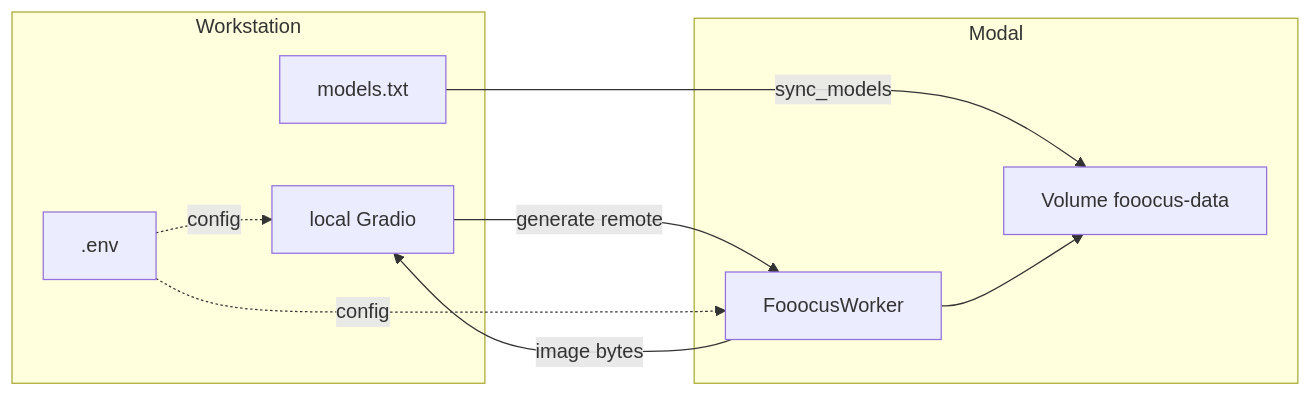
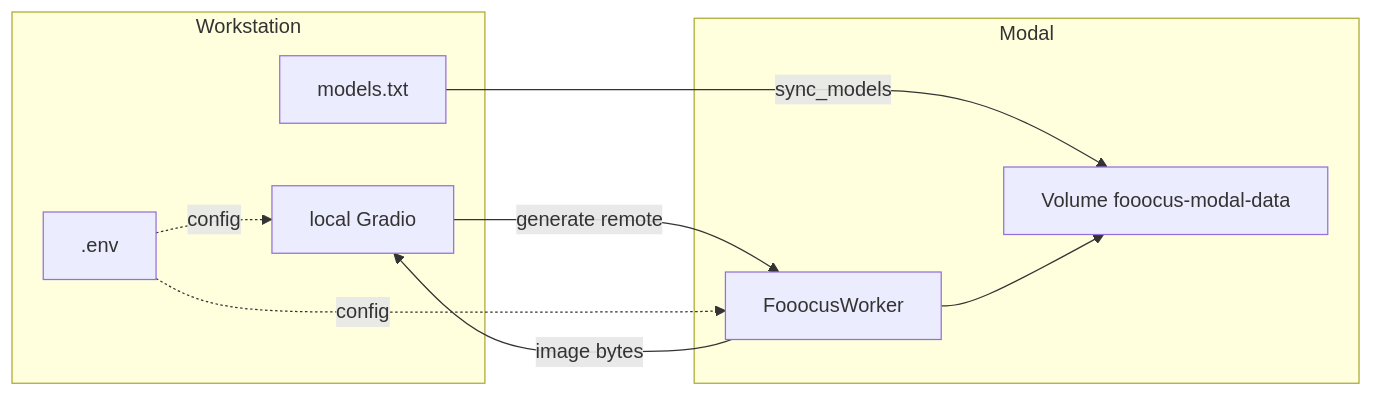
Before and after one commit to DragoHG/fooocus-modal: the diagram in docs/architecture/OVERVIEW.md, drawn with Mermaid. The commit also changed other lines of this file and 8 other files, not shown here.

````diff
--- a/docs/architecture/OVERVIEW.md
+++ b/docs/architecture/OVERVIEW.md
@@ -16,18 +16,18 @@
 ```mermaid
 flowchart LR
   subgraph workstation [Workstation]
     UI[local Gradio]
     Manifest[models.txt]
     EnvFile[.env]
   end
   subgraph modalPlatform [Modal]
     Worker[FooocusWorker]
-    Vol[Volume fooocus-data]
+    Vol[Volume fooocus-modal-data]
   end
   UI -->|generate remote| Worker
   Manifest -->|sync_models| Vol
   Worker --> Vol
   Worker -->|image bytes| UI
   EnvFile -.->|config| UI
   EnvFile -.->|config| Worker
 ```
````
